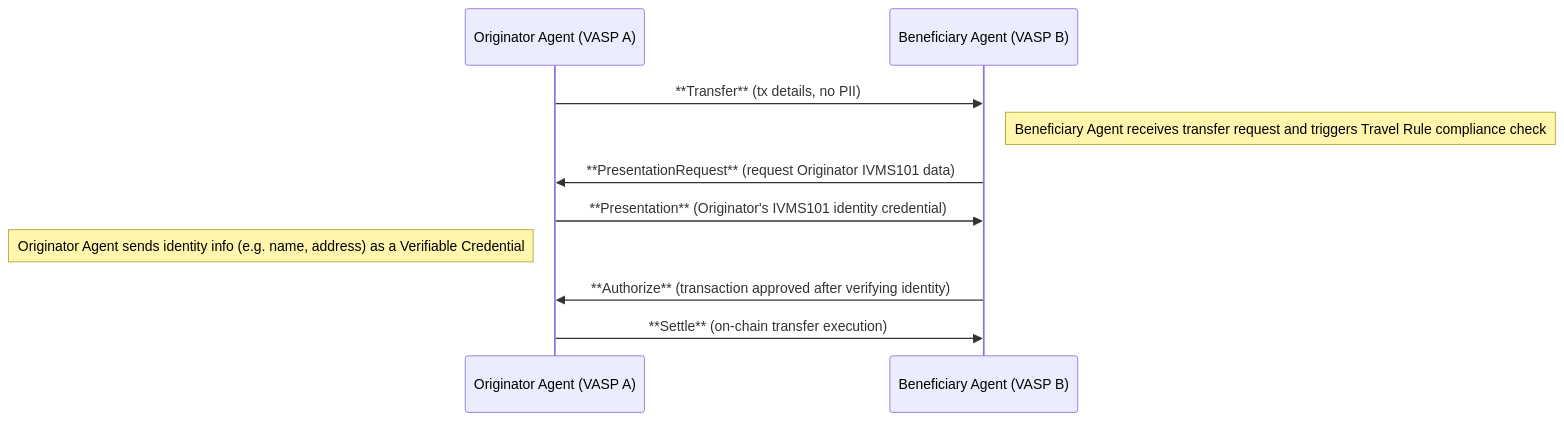
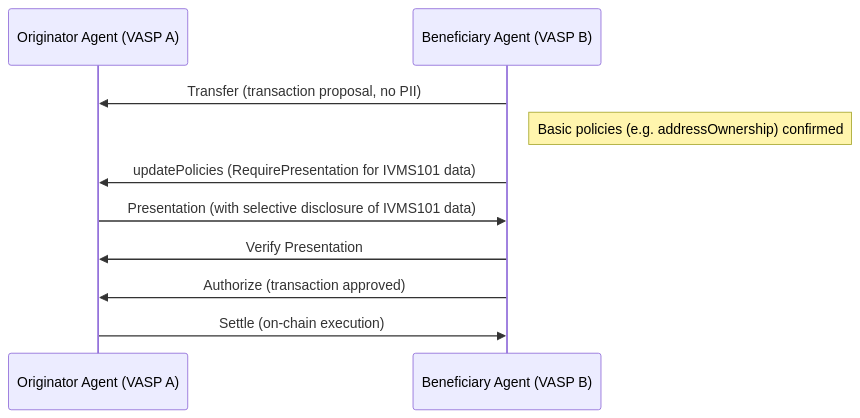
The first of 2 diagrams in TAIPs/taip-10.md (TransactionAuthorizationProtocol/TAIPs), drawn with Mermaid before and after one commit. The commit also changed other lines of this file, not shown here.

````diff
--- a/TAIPs/taip-10.md
+++ b/TAIPs/taip-10.md
@@ -262,13 +191,13 @@
 ```mermaid
 sequenceDiagram
-    participant Originator as Originator Agent (VASP A)
-    participant Beneficiary as Beneficiary Agent (VASP B)
+    participant O as Originator Agent (VASP A)
+    participant B as Beneficiary Agent (VASP B)
 
-    Originator ->> Beneficiary: **Transfer** (tx details, no PII)
-    note right of Beneficiary: Beneficiary Agent receives transfer request and triggers Travel Rule compliance check
-    Beneficiary ->> Originator: **PresentationRequest** (request Originator IVMS101 data)
-    Originator ->> Beneficiary: **Presentation** (Originator's IVMS101 identity credential)
-    note left of Originator: Originator Agent sends identity info (e.g. name, address) as a Verifiable Credential
-    Beneficiary ->> Originator: **Authorize** (transaction approved after verifying identity)
-    Originator ->> Beneficiary: **Settle** (on-chain transfer execution)
+    B->>O: Transfer (transaction proposal, no PII)
+    note right of B: Basic policies (e.g. addressOwnership) confirmed
+    B->>O: updatePolicies (RequirePresentation for IVMS101 data)
+    O->>B: Presentation (with selective disclosure of IVMS101 data)
+    B->>O: Verify Presentation
+    B->>O: Authorize (transaction approved)
+    O->>B: Settle (on-chain execution)
 ```
````
